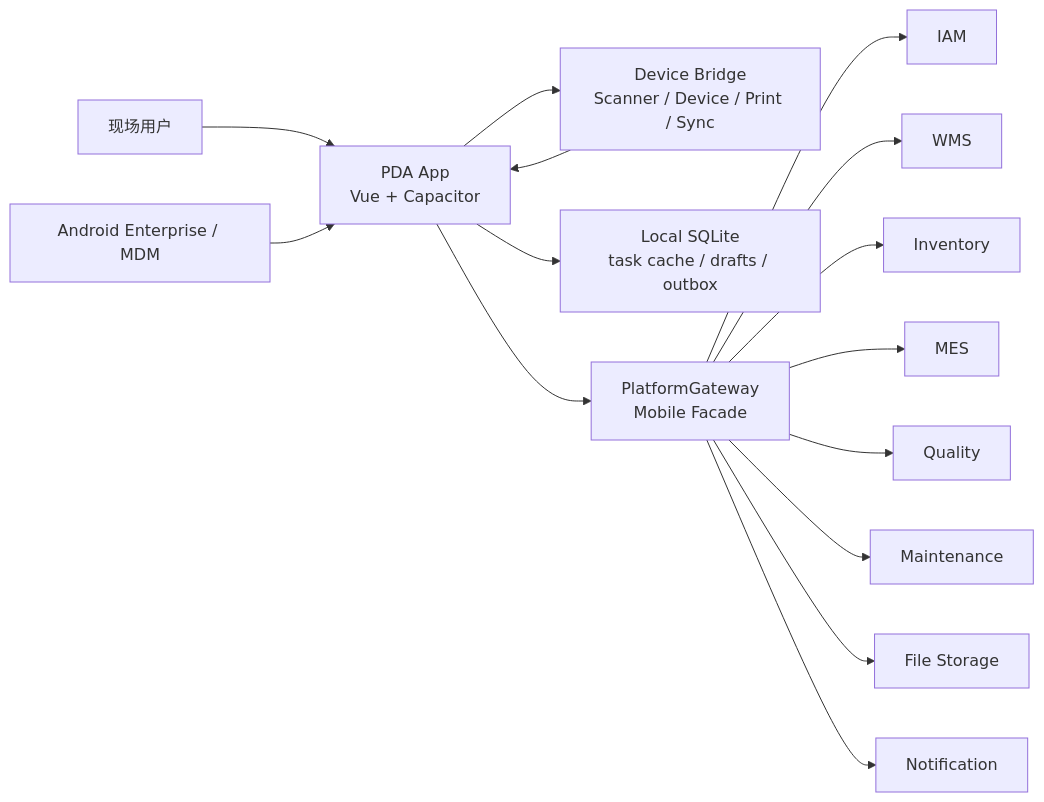
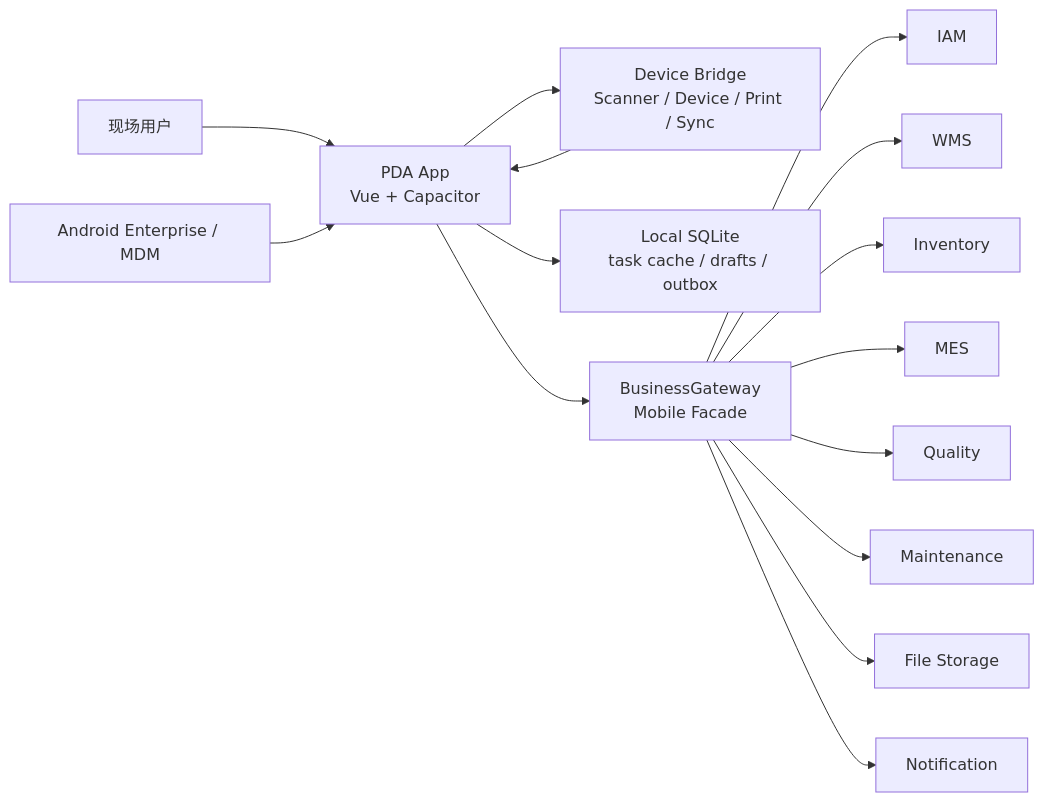
Before and after one commit to Mang-X/Nerv-IIP: the first of 3 diagrams in docs/architecture/mobile-pda-capacitor-architecture.md, drawn with Mermaid. The commit also changed other lines of this file and 3 other files, not shown here.

````diff
--- a/docs/architecture/mobile-pda-capacitor-architecture.md
+++ b/docs/architecture/mobile-pda-capacitor-architecture.md
@@ -83,32 +83,32 @@
 ```mermaid
 flowchart LR
   User["现场用户"]
   PDA["PDA App<br/>Vue + Capacitor"]
   Bridge["Device Bridge<br/>Scanner / Device / Print / Sync"]
   LocalDb["Local SQLite<br/>task cache / drafts / outbox"]
-  Gateway["PlatformGateway<br/>Mobile Facade"]
+  Gateway["BusinessGateway<br/>Mobile Facade"]
   IAM["IAM"]
   WMS["WMS"]
   INV["Inventory"]
   MES["MES"]
   QMS["Quality"]
   MAINT["Maintenance"]
   FS["File Storage"]
   Noti["Notification"]
   MDM["Android Enterprise / MDM"]
 
   User --> PDA
   PDA --> Bridge
   PDA --> LocalDb
   Bridge --> PDA
   PDA --> Gateway
   Gateway --> IAM
   Gateway --> WMS
   Gateway --> INV
   Gateway --> MES
   Gateway --> QMS
   Gateway --> MAINT
   Gateway --> FS
   Gateway --> Noti
   MDM --> PDA
 ```
````
